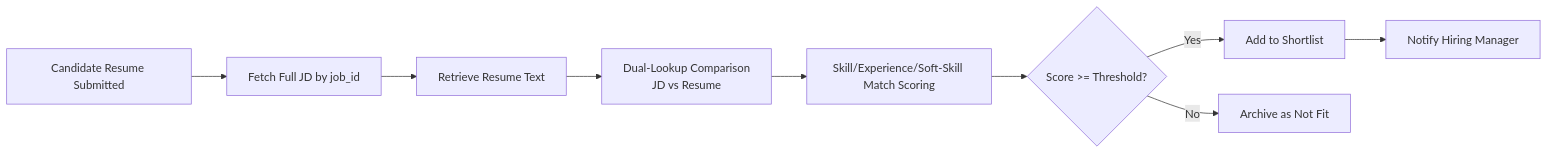
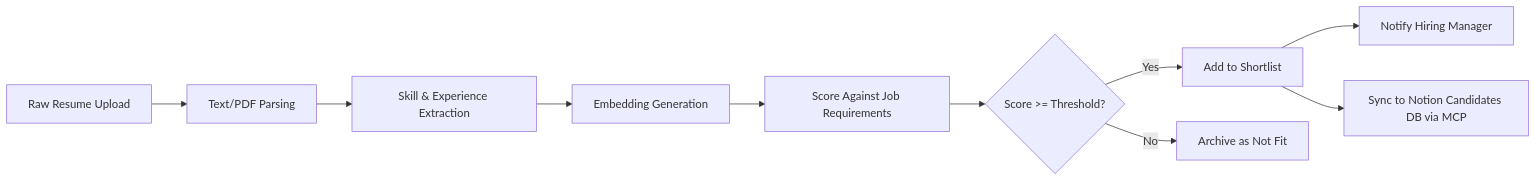
The third of 7 diagrams in README.md (HarshSinha-1/Multi_agent_orchestration_purposive), drawn with Mermaid before and after one commit. The commit also changed other lines of this file, not shown here.

````diff
--- a/README.md
+++ b/README.md
@@ -113,11 +141,12 @@
 ```mermaid
 flowchart LR
-    A[Candidate Resume Submitted] --> B[Fetch Full JD by job_id]
-    B --> C[Retrieve Resume Text]
-    C --> D[Dual-Lookup Comparison<br/>JD vs Resume]
-    D --> E[Skill/Experience/Soft-Skill Match Scoring]
+    A[Raw Resume Upload] --> B[Text/PDF Parsing]
+    B --> C[Skill & Experience Extraction]
+    C --> D[Embedding Generation]
+    D --> E[Score Against Job Requirements]
     E --> F{Score >= Threshold?}
     F -->|Yes| G[Add to Shortlist]
     F -->|No| H[Archive as Not Fit]
     G --> I[Notify Hiring Manager]
+    G --> J[Sync to Notion Candidates DB via MCP]
 ```
````
